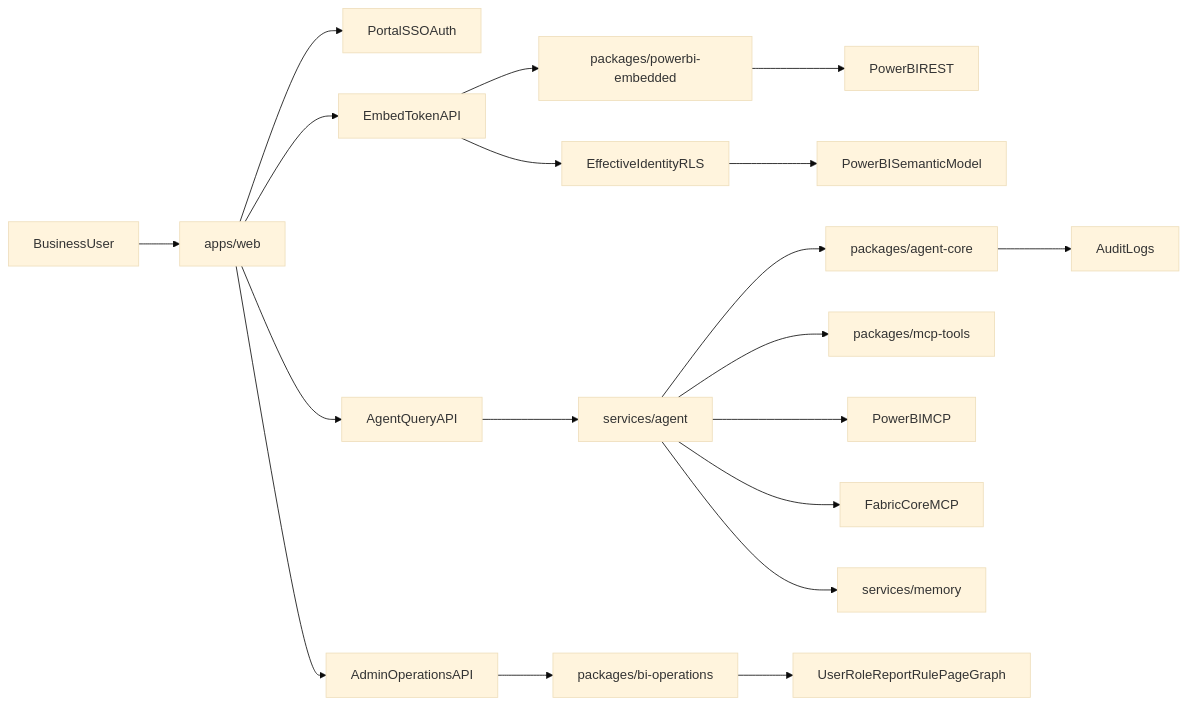
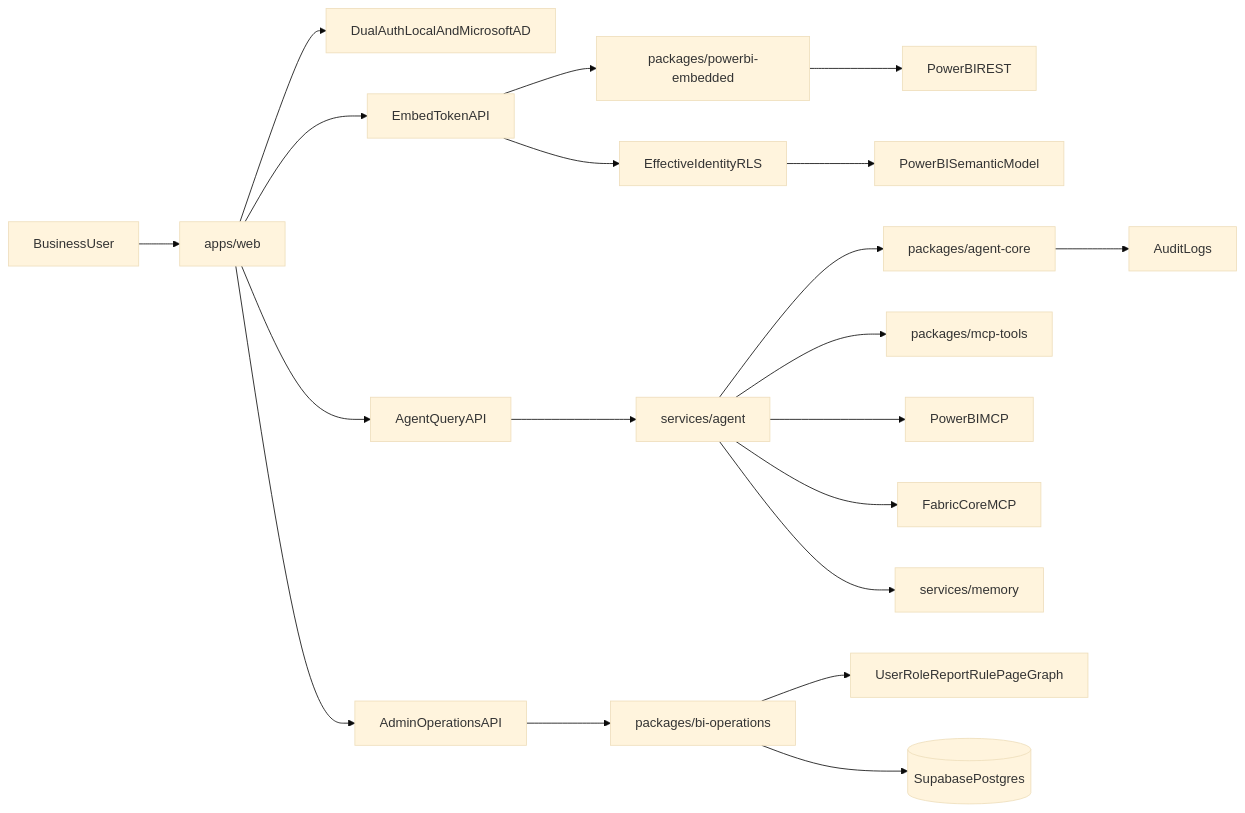
One commit to sonnguyendataai/powerbi-ai-portal changed the diagram in docs/architecture/overview.md. Above: the diagram before and after it, drawn with Mermaid (base theme). The commit also changed other lines of this file and 14 other files, not shown here.

First line of the commit message:
docs: align portal docs with current auth and sync flows

````diff
--- a/docs/architecture/overview.md
+++ b/docs/architecture/overview.md
@@ -5,21 +5,22 @@
 ```mermaid
 flowchart LR
   user[BusinessUser] --> portal[apps/web]
-  portal --> appAuth[PortalSSOAuth]
+  portal --> appAuth[DualAuthLocalAndMicrosoftAD]
   portal --> embedApi[EmbedTokenAPI]
   portal --> chatApi[AgentQueryAPI]
   chatApi --> orchestrator[services/agent]
   orchestrator --> policy[packages/agent-core]
   orchestrator --> mcpTools[packages/mcp-tools]
   orchestrator --> powerbiMcp[PowerBIMCP]
   orchestrator --> fabricMcp[FabricCoreMCP]
   embedApi --> embedSvc[packages/powerbi-embedded]
   embedSvc --> pbiRest[PowerBIREST]
   embedApi --> rls[EffectiveIdentityRLS]
   rls --> pbiSemantic[PowerBISemanticModel]
   orchestrator --> memory[services/memory]
   portal --> adminApi[AdminOperationsAPI]
   adminApi --> biOps[packages/bi-operations]
   biOps --> roleGraph[UserRoleReportRulePageGraph]
+  biOps --> supabase[(SupabasePostgres)]
   policy --> audit[AuditLogs]
 ```
````
